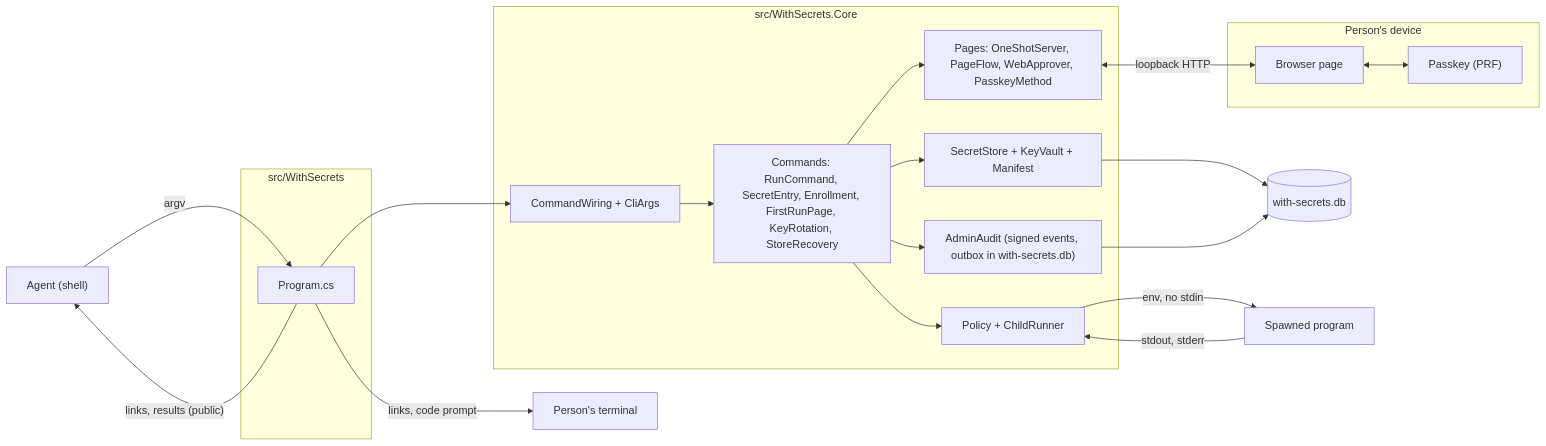
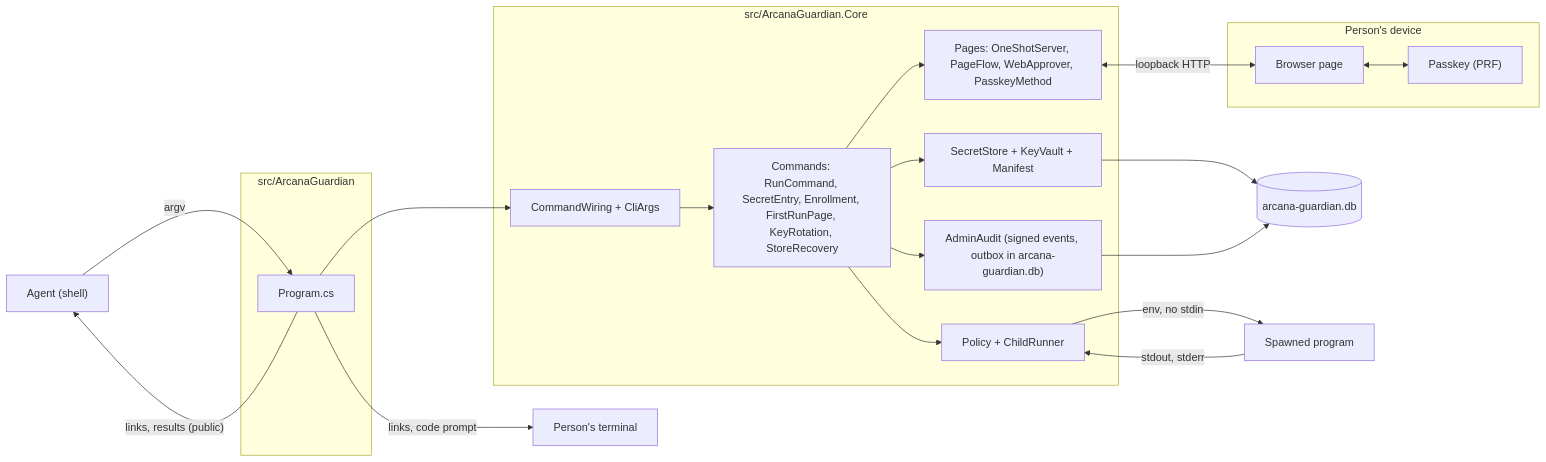
Before and after one commit to CodePenguin/with-secrets: the first of 8 diagrams in docs/architecture.md, drawn with Mermaid. The commit also changed other lines of this file and 709 other files, not shown here.

Commit message:
Rename project to Arcana Guardian (#18)

````diff
--- a/docs/architecture.md
+++ b/docs/architecture.md
@@ -17,37 +17,37 @@
 ```mermaid
 flowchart LR
     Agent["Agent (shell)"]
     Term["Person's terminal"]
     subgraph Dev["Person's device"]
         Browser["Browser page"]
         Passkey["Passkey (PRF)"]
     end
-    subgraph CLI["src/WithSecrets"]
+    subgraph CLI["src/ArcanaGuardian"]
         Prog["Program.cs"]
     end
-    subgraph Core["src/WithSecrets.Core"]
+    subgraph Core["src/ArcanaGuardian.Core"]
         Wire["CommandWiring + CliArgs"]
         Cmds["Commands: RunCommand, SecretEntry, Enrollment, FirstRunPage, KeyRotation, StoreRecovery"]
         Pages["Pages: OneShotServer, PageFlow, WebApprover, PasskeyMethod"]
         Pol["Policy + ChildRunner"]
         Vault["SecretStore + KeyVault + Manifest"]
-        Audit["AdminAudit (signed events, outbox in with-secrets.db)"]
+        Audit["AdminAudit (signed events, outbox in arcana-guardian.db)"]
     end
-    DB[("with-secrets.db")]
+    DB[("arcana-guardian.db")]
     Child["Spawned program"]
 
     Agent -->|"argv"| Prog
     Prog --> Wire --> Cmds
     Cmds --> Pages
     Cmds --> Pol
     Cmds --> Vault
     Cmds --> Audit
     Vault --> DB
     Audit --> DB
     Pol -->|"env, no stdin"| Child
     Child -->|"stdout, stderr"| Pol
     Prog -->|"links, results (public)"| Agent
     Prog -->|"links, code prompt"| Term
     Pages <-->|"loopback HTTP"| Browser
     Browser <--> Passkey
 ```
````
